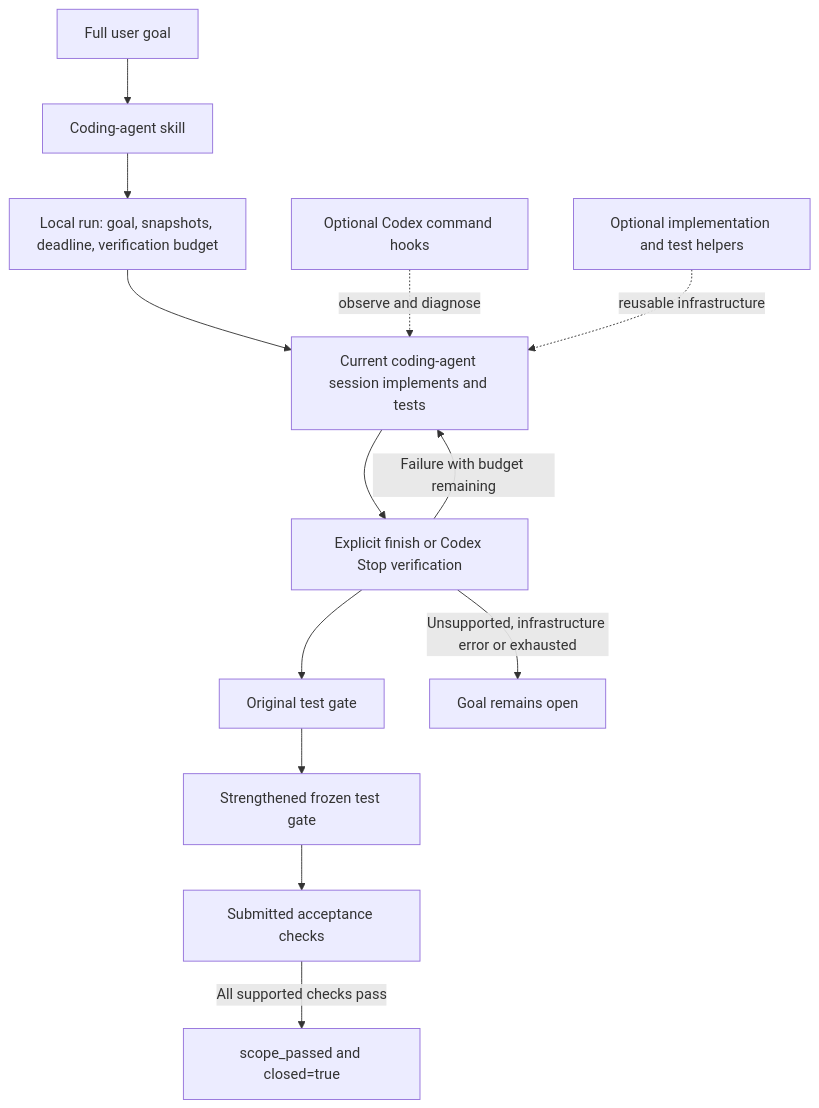
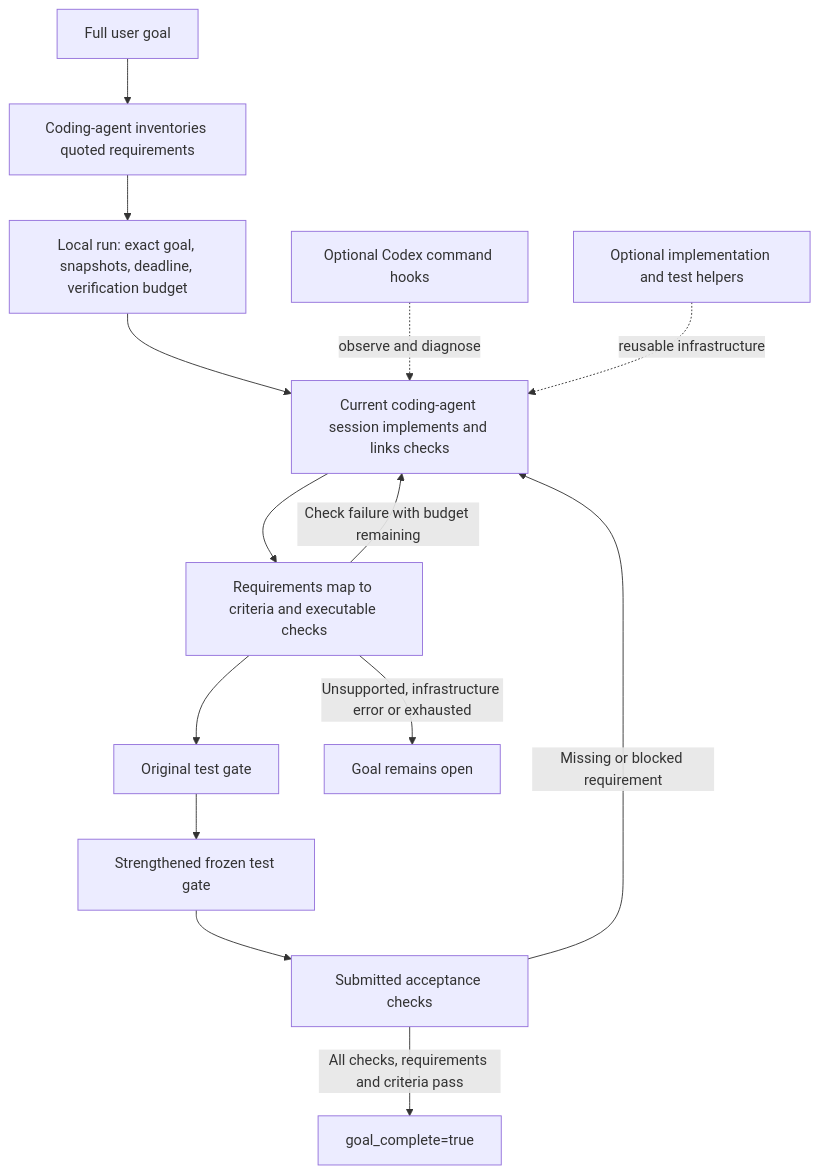
One commit to InfinitySpeed/goalpilot changed the diagram in docs/ARCHITECTURE.md. Above: the diagram before and after it, drawn with Mermaid. The commit also changed other lines of this file and 37 other files, not shown here.

Commit message:
Track complete goal requirements through verification

````diff
--- a/docs/ARCHITECTURE.md
+++ b/docs/ARCHITECTURE.md
@@ -5,15 +5,16 @@
 ```mermaid
 flowchart TD
-    U[Full user goal] --> S[Coding-agent skill]
-    S --> R[Local run: goal, snapshots, deadline, verification budget]
-    R --> C[Current coding-agent session implements and tests]
+    U[Full user goal] --> S[Coding-agent inventories quoted requirements]
+    S --> R[Local run: exact goal, snapshots, deadline, verification budget]
+    R --> C[Current coding-agent session implements and links checks]
     H[Optional Codex command hooks] -. observe and diagnose .-> C
     K[Optional implementation and test helpers] -. reusable infrastructure .-> C
-    C --> V[Explicit finish or Codex Stop verification]
+    C --> V[Requirements map to criteria and executable checks]
     V --> O[Original test gate]
     O --> B[Strengthened frozen test gate]
     B --> A[Submitted acceptance checks]
-    A -->|All supported checks pass| P[scope_passed and closed=true]
-    V -->|Failure with budget remaining| C
+    A -->|All checks, requirements and criteria pass| P[goal_complete=true]
+    A -->|Missing or blocked requirement| C
+    V -->|Check failure with budget remaining| C
     V -->|Unsupported, infrastructure error or exhausted| X[Goal remains open]
 ```
````
